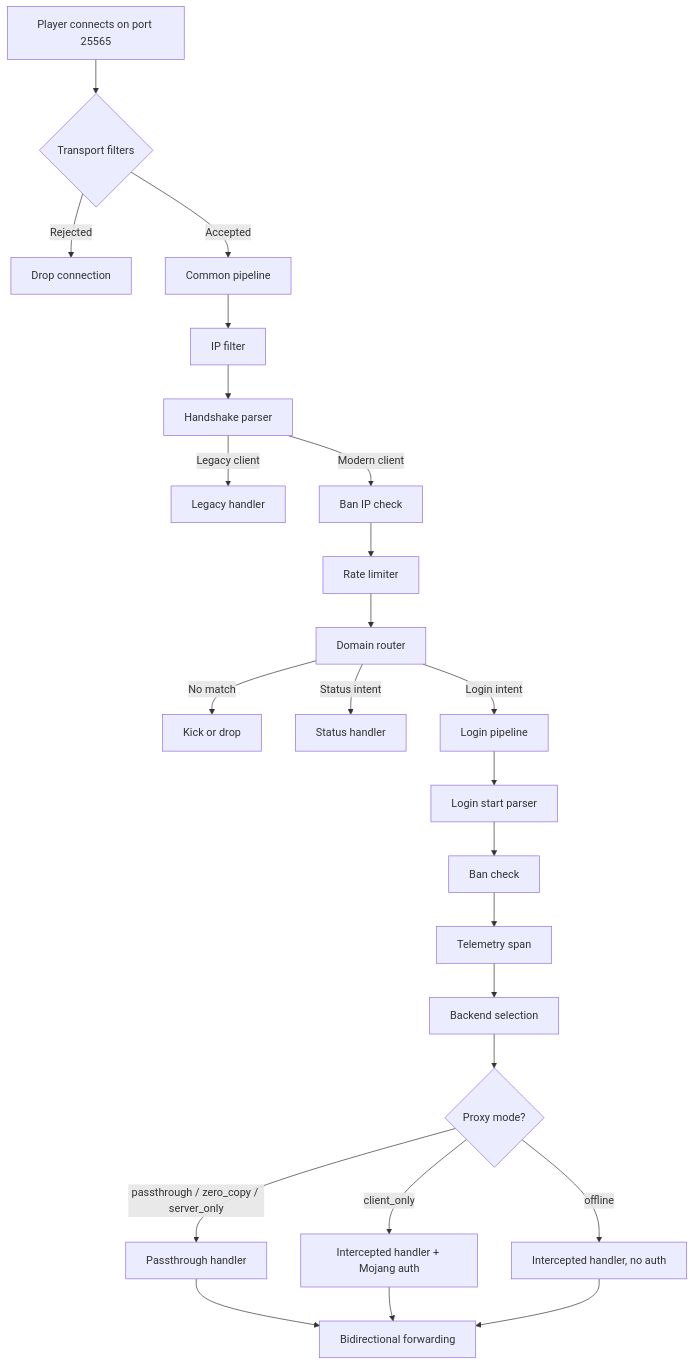
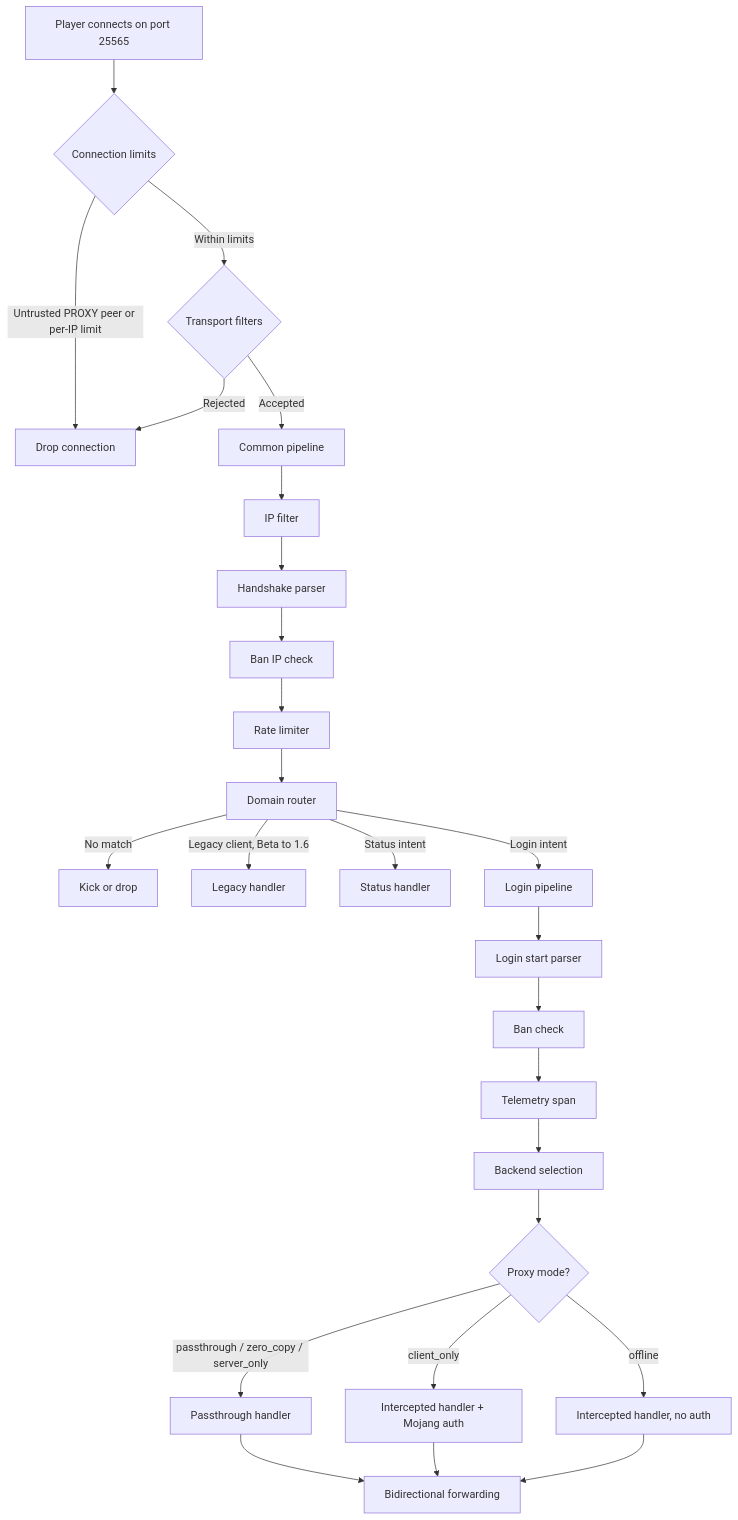
The diagram in docs/v2/guide/how-it-works.md (Shadowner/Infrarust), drawn with Mermaid before and after one commit. The commit also changed other lines of this file and 35 other files, not shown here.

````diff
--- a/docs/v2/guide/how-it-works.md
+++ b/docs/v2/guide/how-it-works.md
@@ -13,31 +13,33 @@
 ```mermaid
 flowchart TD
-    A[Player connects on port 25565] --> TF{Transport filters}
-    TF -->|Rejected| DROP[Drop connection]
+    A[Player connects on port 25565] --> LIM{Connection limits}
+    LIM -->|Untrusted PROXY peer or per-IP limit| DROP[Drop connection]
+    LIM -->|Within limits| TF{Transport filters}
+    TF -->|Rejected| DROP
     TF -->|Accepted| CP[Common pipeline]
 
     CP --> IP[IP filter]
     IP --> HS[Handshake parser]
-    HS -->|Legacy client| LEGACY[Legacy handler]
-    HS -->|Modern client| BAN_IP[Ban IP check]
+    HS --> BAN_IP[Ban IP check]
     BAN_IP --> RL[Rate limiter]
     RL --> DR[Domain router]
     DR -->|No match| REJECT[Kick or drop]
 
+    DR -->|Legacy client, Beta to 1.6| LEGACY[Legacy handler]
     DR -->|Status intent| STATUS[Status handler]
     DR -->|Login intent| LP[Login pipeline]
 
     LP --> LS[Login start parser]
     LS --> BAN[Ban check]
     BAN --> TEL[Telemetry span]
     TEL --> BS[Backend selection]
 
     BS --> MODE{Proxy mode?}
     MODE -->|passthrough / zero_copy / server_only| PT[Passthrough handler]
     MODE -->|client_only| CO[Intercepted handler + Mojang auth]
     MODE -->|offline| OFF[Intercepted handler, no auth]
 
     PT --> FWD[Bidirectional forwarding]
     CO --> FWD
     OFF --> FWD
 ```
````
